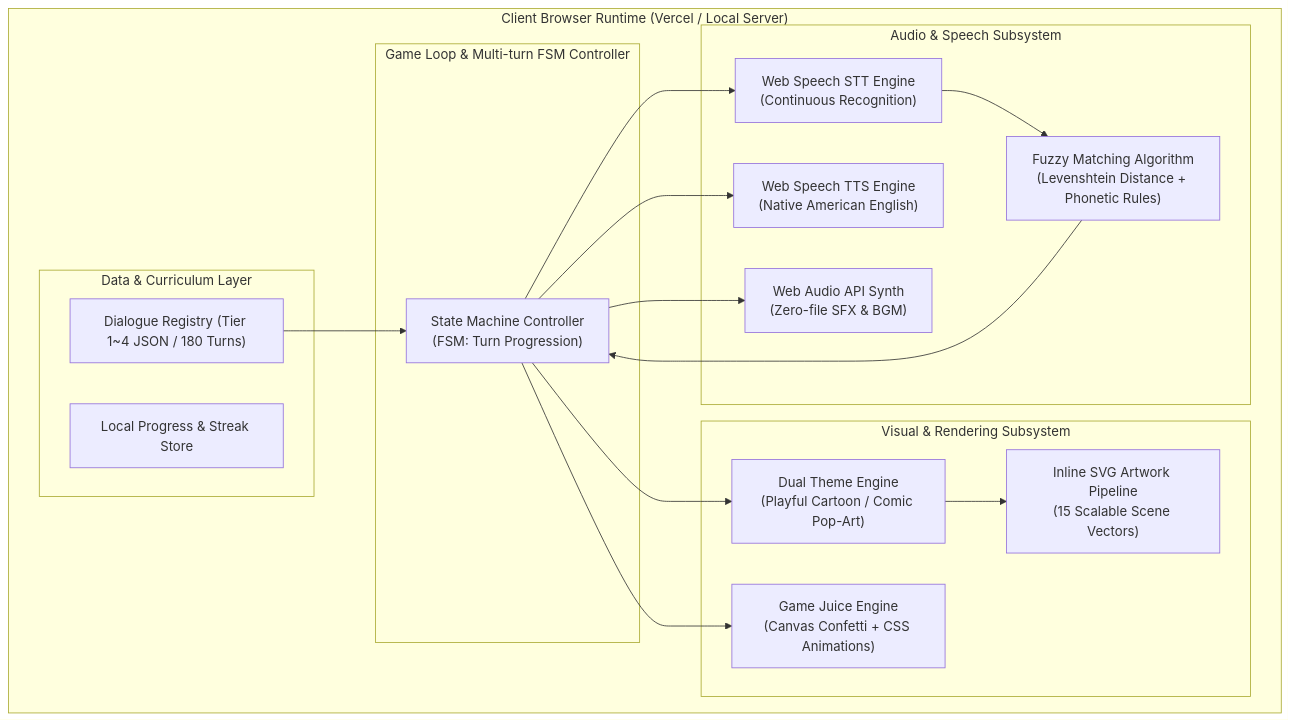
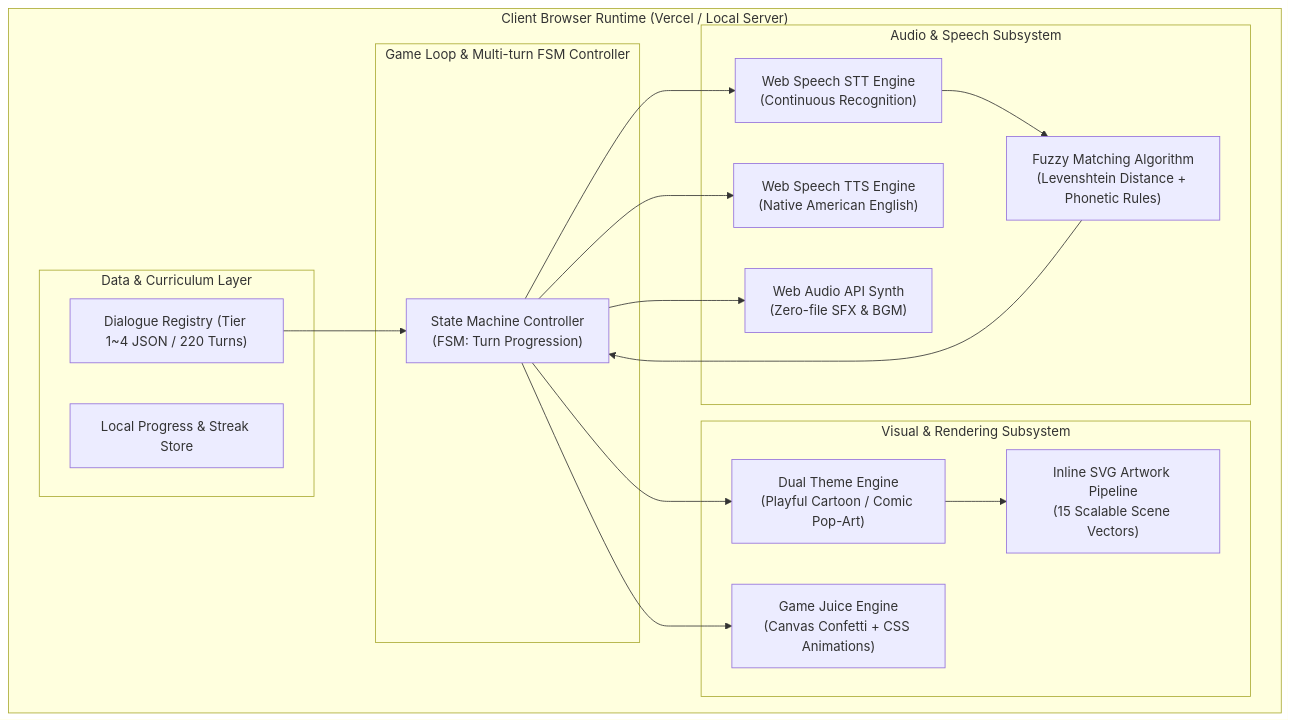
Before and after one commit to headshoulder51204/english_g_multiturn: the first of 2 diagrams in DETAILED_SPECIFICATION.md, drawn with Mermaid. The commit also changed other lines of this file and 7 other files, not shown here.

Commit message:
feat: expand multi-turn dialogue with basic and phrasal verbs (220 turns)

````diff
--- a/DETAILED_SPECIFICATION.md
+++ b/DETAILED_SPECIFICATION.md
@@ -13,36 +13,36 @@
 ```mermaid
 flowchart TD
     subgraph Client ["Client Browser Runtime (Vercel / Local Server)"]
         subgraph FSM ["Game Loop & Multi-turn FSM Controller"]
             StateMgr["State Machine Controller<br/>(FSM: Turn Progression)"]
         end
 
         subgraph AudioSubsystem ["Audio & Speech Subsystem"]
             STT["Web Speech STT Engine<br/>(Continuous Recognition)"]
             FuzzyMatch["Fuzzy Matching Algorithm<br/>(Levenshtein Distance + Phonetic Rules)"]
             TTS["Web Speech TTS Engine<br/>(Native American English)"]
             SynthAudio["Web Audio API Synth<br/>(Zero-file SFX & BGM)"]
         end
 
         subgraph RenderSubsystem ["Visual & Rendering Subsystem"]
             ThemeEngine["Dual Theme Engine<br/>(Playful Cartoon / Comic Pop-Art)"]
             SVGRenderer["Inline SVG Artwork Pipeline<br/>(15 Scalable Scene Vectors)"]
             JuiceEngine["Game Juice Engine<br/>(Canvas Confetti + CSS Animations)"]
         end
 
         subgraph DataLayer ["Data & Curriculum Layer"]
-            ScenarioData["Dialogue Registry (Tier 1~4 JSON / 180 Turns)"]
+            ScenarioData["Dialogue Registry (Tier 1~4 JSON / 220 Turns)"]
             UserProgress["Local Progress & Streak Store"]
         end
     end
 
     StateMgr --> STT
     STT --> FuzzyMatch
     FuzzyMatch --> StateMgr
     StateMgr --> TTS
     StateMgr --> SynthAudio
     StateMgr --> ThemeEngine
     ThemeEngine --> SVGRenderer
     StateMgr --> JuiceEngine
     ScenarioData --> StateMgr
 ```
````
